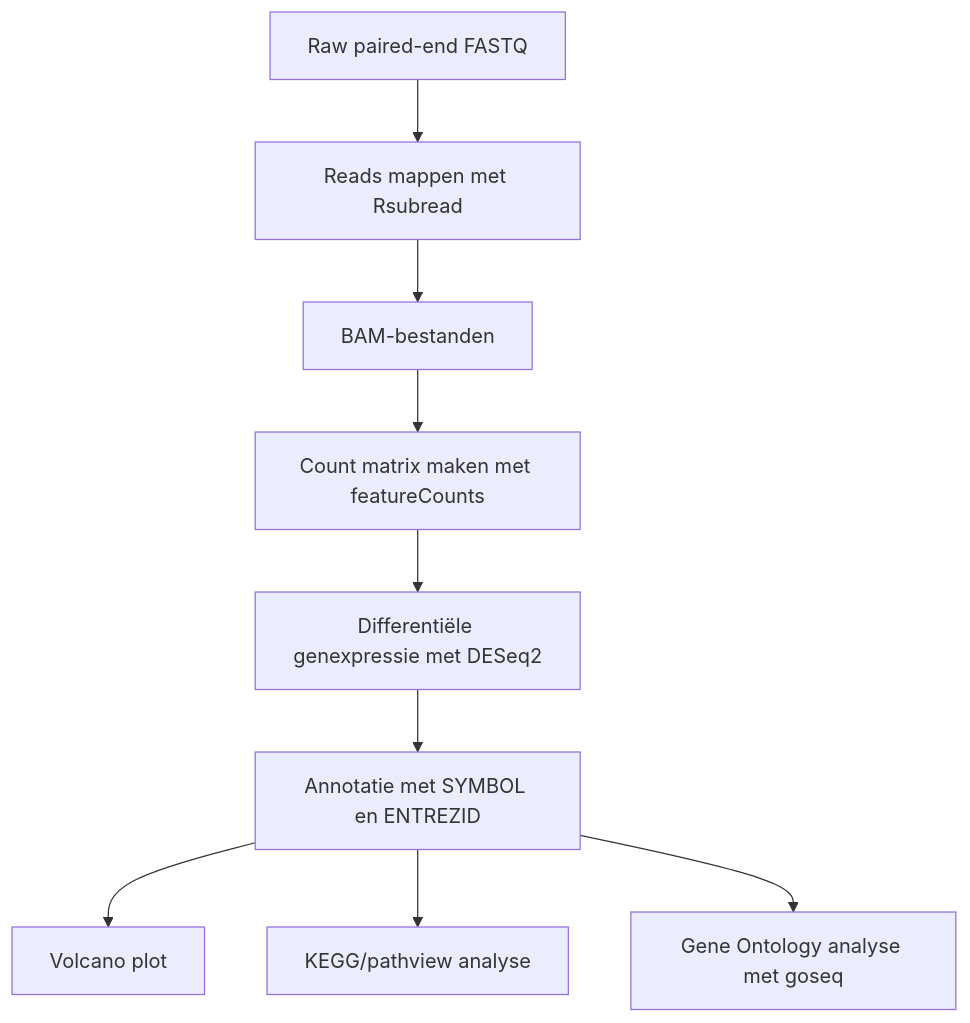
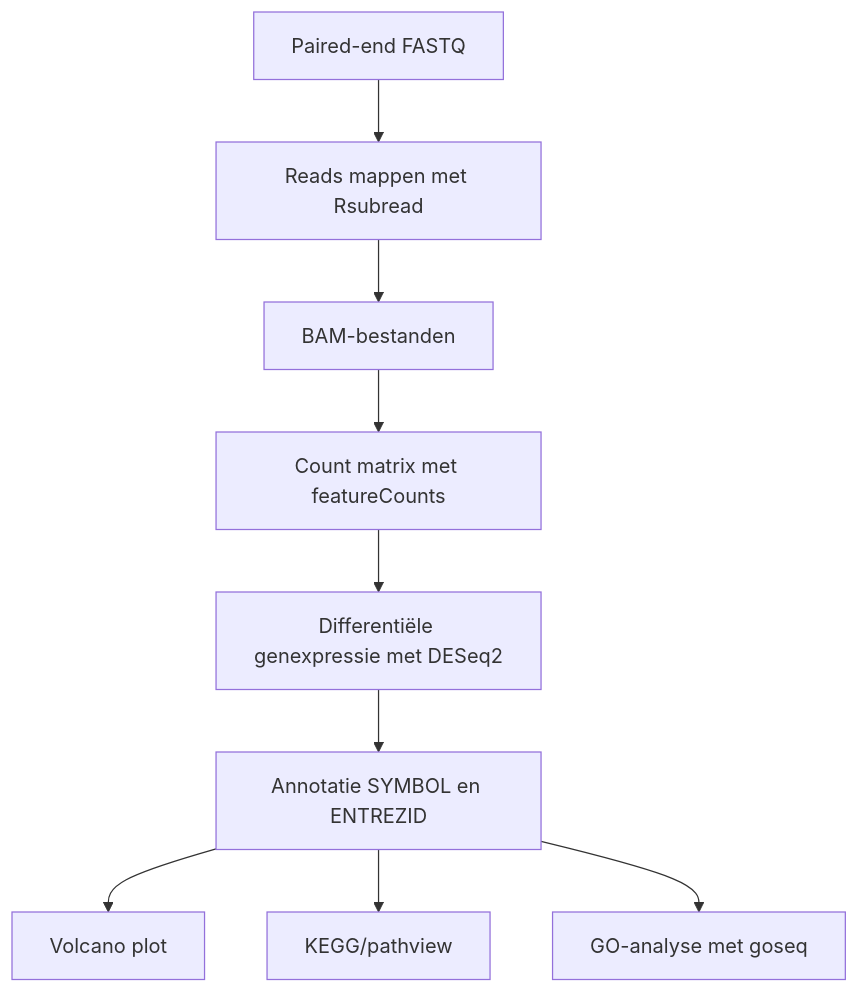
One commit to Emily-vdM/J2P4-Transcriptomics-RA changed the diagram in README.md. Above: the diagram before and after it, drawn with Mermaid. The commit also changed other lines of this file, not shown here.

````diff
--- a/README.md
+++ b/README.md
@@ -76,11 +44,11 @@
 ```mermaid
 flowchart TD
-    A[Raw paired-end FASTQ] --> B[Reads mappen met Rsubread]
+    A[Paired-end FASTQ] --> B[Reads mappen met Rsubread]
     B --> C[BAM-bestanden]
-    C --> D[Count matrix maken met featureCounts]
+    C --> D[Count matrix met featureCounts]
     D --> E[Differentiële genexpressie met DESeq2]
-    E --> F[Annotatie met SYMBOL en ENTREZID]
+    E --> F[Annotatie SYMBOL en ENTREZID]
     F --> G[Volcano plot]
-    F --> H[KEGG/pathview analyse]
-    F --> I[Gene Ontology analyse met goseq]
+    F --> H[KEGG/pathview]
+    F --> I[GO-analyse met goseq]
 ```
````
